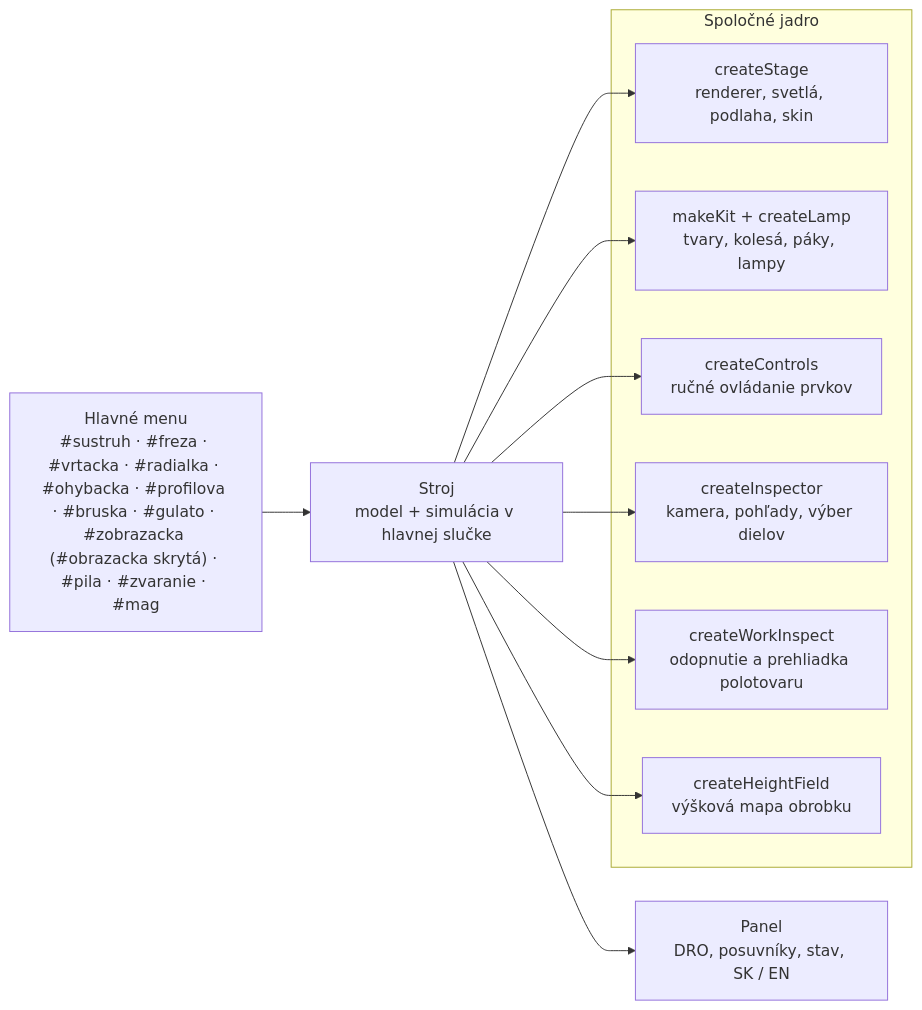
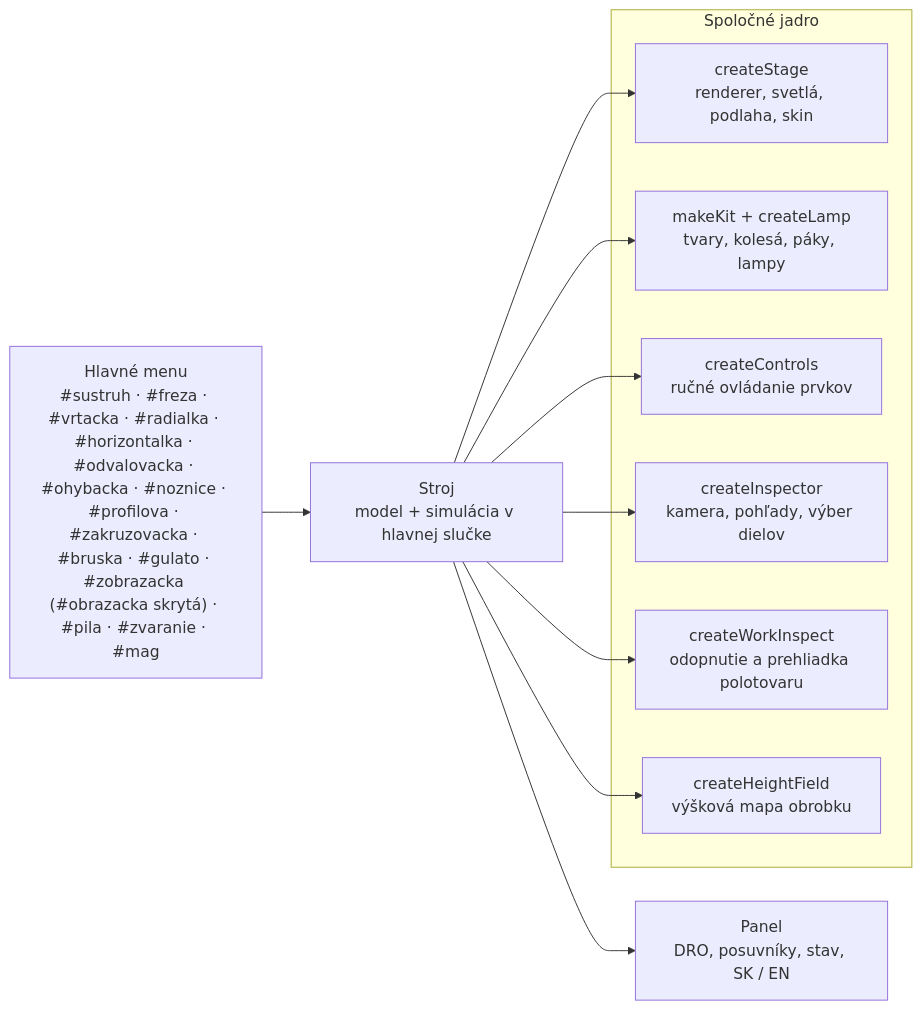
One commit to bucala/Real-machine-tools changed the diagram in README.md. Above: the diagram before and after it, drawn with Mermaid. The commit also changed other lines of this file and 56 other files, not shown here.

````diff
--- a/README.md
+++ b/README.md
@@ -237,14 +280,14 @@
 ```mermaid
 flowchart LR
-  menu["Hlavné menu<br/>#sustruh · #freza · #vrtacka · #radialka · #ohybacka · #profilova · #bruska · #gulato · #zobrazacka (#obrazacka skrytá) · #pila · #zvaranie · #mag"] --> machine
+  menu["Hlavné menu<br/>#sustruh · #freza · #vrtacka · #radialka · #horizontalka · #odvalovacka · #ohybacka · #noznice · #profilova · #zakruzovacka · #bruska · #gulato · #zobrazacka (#obrazacka skrytá) · #pila · #zvaranie · #mag"] --> machine
   subgraph core["Spoločné jadro"]
     stage["createStage<br/>renderer, svetlá, podlaha, skin"]
     kit["makeKit + createLamp<br/>tvary, kolesá, páky, lampy"]
     ctrl["createControls<br/>ručné ovládanie prvkov"]
     insp["createInspector<br/>kamera, pohľady, výber dielov"]
     wi["createWorkInspect<br/>odopnutie a prehliadka polotovaru"]
     hf["createHeightField<br/>výšková mapa obrobku"]
   end
   machine["Stroj<br/>model + simulácia v hlavnej slučke"] --> stage & kit & ctrl & insp & wi & hf
   machine --> panel["Panel<br/>DRO, posuvníky, stav, SK / EN"]
 ```
````
